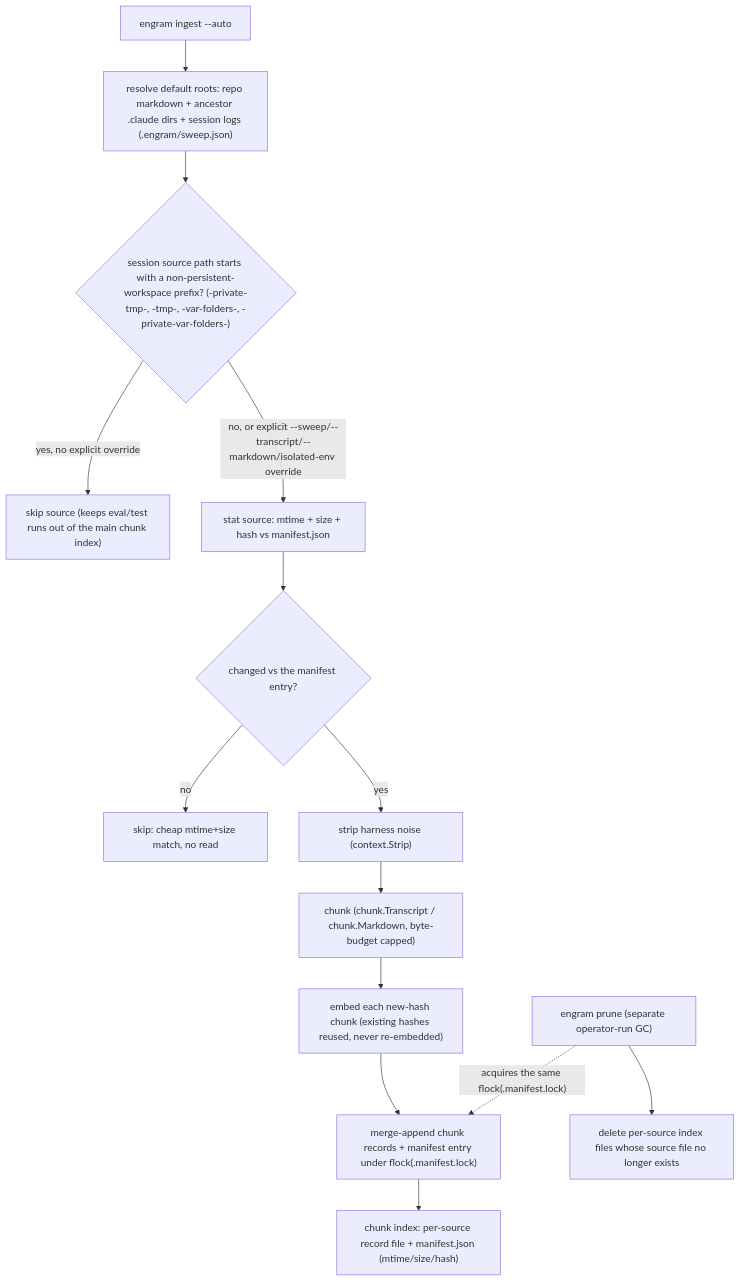
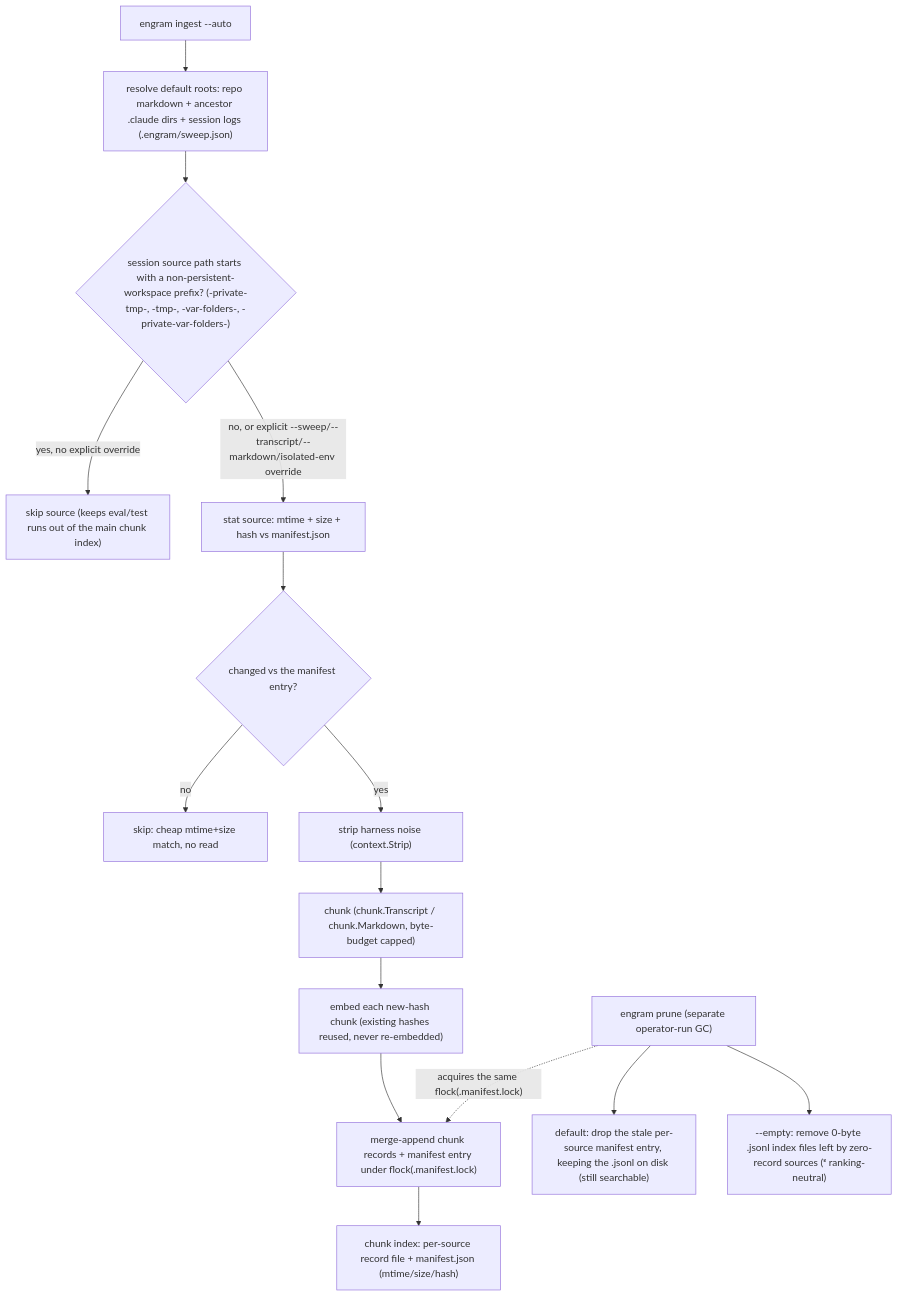
One commit to toejough/engram changed the second of 8 diagrams in docs/architecture/c2-containers.md. Above: the diagram before and after it, drawn with Mermaid. The commit also changed 11 other files, not shown here.

````diff
--- a/docs/architecture/c2-containers.md
+++ b/docs/architecture/c2-containers.md
@@ -58,17 +58,18 @@
 ```mermaid
 flowchart TD
     A["engram ingest --auto"] --> B["resolve default roots: repo markdown + ancestor .claude dirs + session logs (.engram/sweep.json)"]
     B --> C{"session source path starts with a non-persistent-workspace prefix? (-private-tmp-, -tmp-, -var-folders-, -private-var-folders-)"}
     C -->|"yes, no explicit override"| SK["skip source (keeps eval/test runs out of the main chunk index)"]
     C -->|"no, or explicit --sweep/--transcript/--markdown/isolated-env override"| D["stat source: mtime + size + hash vs manifest.json"]
     D --> E{"changed vs the manifest entry?"}
     E -->|no| SK2["skip: cheap mtime+size match, no read"]
     E -->|yes| F["strip harness noise (context.Strip)"]
     F --> G["chunk (chunk.Transcript / chunk.Markdown, byte-budget capped)"]
     G --> H["embed each new-hash chunk (existing hashes reused, never re-embedded)"]
     H --> I["merge-append chunk records + manifest entry under flock(.manifest.lock)"]
     I --> J["chunk index: per-source record file + manifest.json (mtime/size/hash)"]
 
     P["engram prune (separate operator-run GC)"] -.->|"acquires the same flock(.manifest.lock)"| I
-    P --> Q["delete per-source index files whose source file no longer exists"]
+    P --> Q["default: drop the stale per-source manifest entry, keeping the .jsonl on disk (still searchable)"]
+    P --> Qe["--empty: remove 0-byte .jsonl index files left by zero-record sources (#694; ranking-neutral)"]
 ```
````
